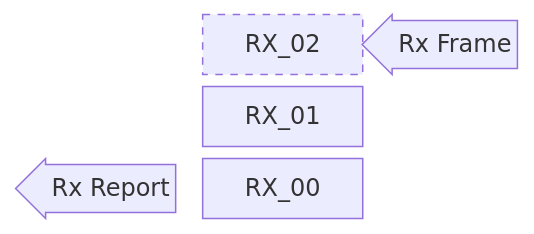
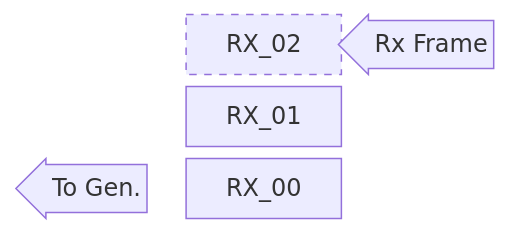
Before and after one commit to Nakakiyo092/usb2canfdv1: the sixth of 8 diagrams in doc/7.-Buffer-Strategy.md, drawn with Mermaid. The commit also changed other lines of this file, not shown here.

````diff
--- a/doc/7.-Buffer-Strategy.md
+++ b/doc/7.-Buffer-Strategy.md
@@ -60,10 +112,10 @@
 ```mermaid
 block
   columns 5
 
-  space  space                              RX_02  blockArrowId1<["Rx Frame"]>(left)  space
-  space  space                              RX_01  space                              space
-  space  blockArrowId2<["Rx Report"]>(left) RX_00  space                              space
+  space  space                            RX_02  blockArrowId1<["Rx Frame"]>(left)  space
+  space  space                            RX_01  space                              space
+  space  blockArrowId2<["To Gen."]>(left) RX_00  space                              space
 
   style RX_02 stroke-dasharray: 5 5
 ```
````
